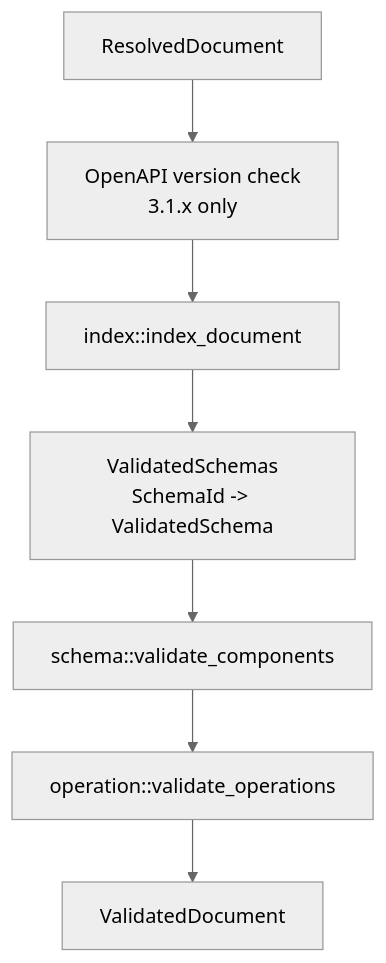
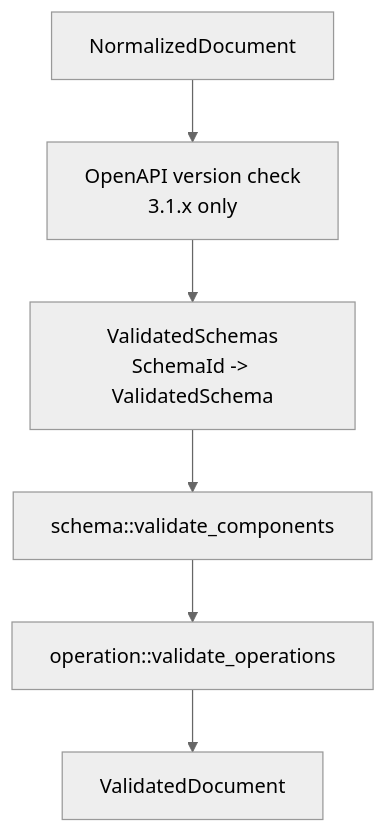
One commit to zeon256/satay-rs changed the fourth of 7 diagrams in ARCHITECTURE.md. Above: the diagram before and after it, drawn with Mermaid (neutral theme). The commit also changed other lines of this file and 9 other files, not shown here.

Commit message:
feat: normalize schema

````diff
--- a/ARCHITECTURE.md
+++ b/ARCHITECTURE.md
@@ -95,9 +118,8 @@
 ```mermaid
 flowchart TD
-    resolved["ResolvedDocument"] --> version["OpenAPI version check<br/>3.1.x only"]
-    version --> index["index::index_document"]
-    index --> schemas["ValidatedSchemas<br/>SchemaId -> ValidatedSchema"]
+    normalized["NormalizedDocument"] --> version["OpenAPI version check<br/>3.1.x only"]
+    version --> schemas["ValidatedSchemas<br/>SchemaId -> ValidatedSchema"]
     schemas --> components["schema::validate_components"]
     components --> operations["operation::validate_operations"]
     operations --> validated["ValidatedDocument"]
 ```
````
